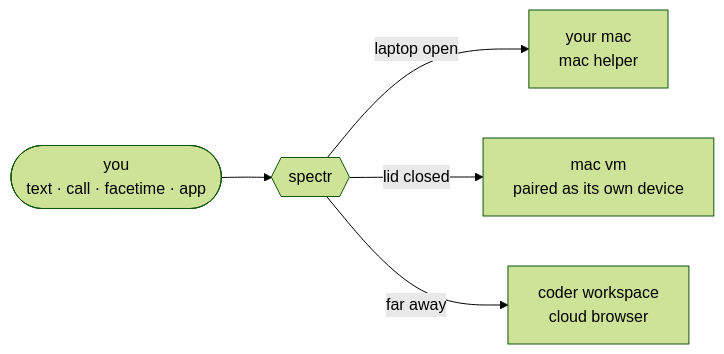
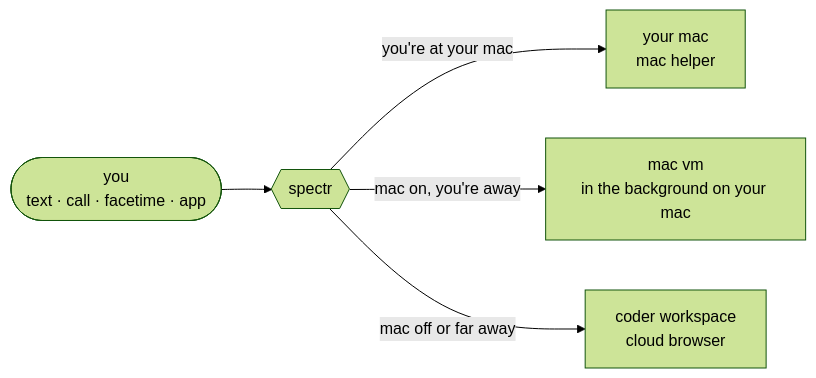
One commit to Spectr-Agent/Spectr changed the first of 2 diagrams in README.md. Above: the diagram before and after it, drawn with Mermaid (forest theme). The commit also changed other lines of this file, not shown here.

Commit message:
readme: the mac vm runs in the background on an open, powered-on mac

````diff
--- a/README.md
+++ b/README.md
@@ -115,7 +115,7 @@
 ```mermaid
 flowchart LR
     you(["you<br/>text · call · facetime · app"]) --> spectr{{"spectr"}}
-    spectr -->|"laptop open"| mac["your mac<br/>mac helper"]
-    spectr -->|"lid closed"| vm["mac vm<br/>paired as its own device"]
-    spectr -->|"far away"| cloud["coder workspace<br/>cloud browser"]
+    spectr -->|"you're at your mac"| mac["your mac<br/>mac helper"]
+    spectr -->|"mac on, you're away"| vm["mac vm<br/>in the background on your mac"]
+    spectr -->|"mac off or far away"| cloud["coder workspace<br/>cloud browser"]
 ```
````
